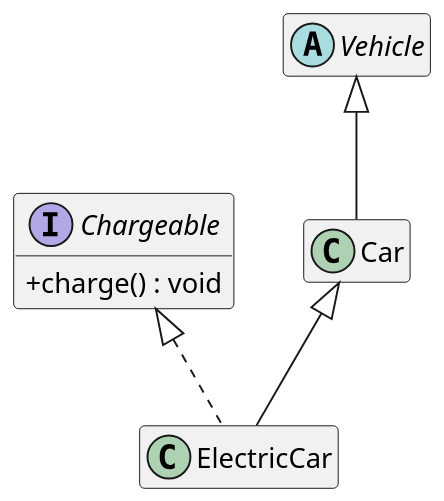
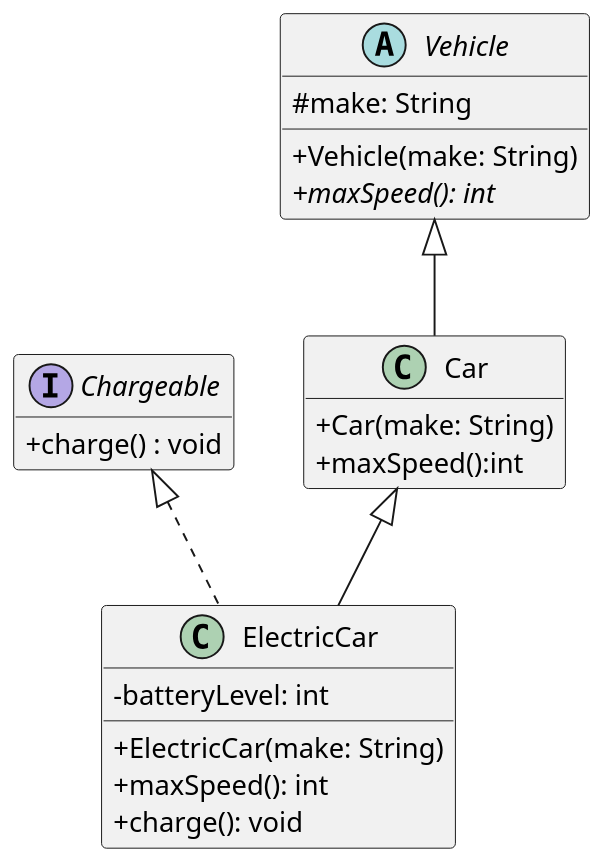
Before and after one commit to mostafah21/207-course-notes: the diagram in plantuml/exercises/vehicles-uml-starter.puml, drawn with PlantUML.

Commit message:
Vehicle Uml diagram

```diff
--- a/plantuml/exercises/vehicles-uml-starter.puml
+++ b/plantuml/exercises/vehicles-uml-starter.puml
@@ -1,44 +1,47 @@
 @startuml
 skinparam dpi 150
 skinparam classAttributeIconSize 0
 hide empty members
 
 ' Your task (Chapter 3, Question 2): draw the UML class diagram for the
 ' Vehicle / Car / ElectricCar / Chargeable code.
 '
 ' Define each type as a box, then connect them with the right arrows. One box
 ' (Chargeable) is filled in as an example — complete the other three and add the
 ' relationships.
 '
 ' PlantUML cheat-sheet:
 '   interface Name { + method() : Type }
 '   abstract class Name { # field : Type }
 '   class Name { - field : Type }
 '   Parent    <|-- Child    ' generalization: Child extends Parent
 '   Interface <|.. Class    ' realization:    Class implements Interface
 ' (Putting the parent/interface on the LEFT of the arrow keeps it on top.)
 
 interface Chargeable {
   + charge() : void
 }
 
 abstract class Vehicle {
-
+    # make: String
+    + Vehicle(make: String)
+    {abstract} + maxSpeed(): int
 }
 
 class Car {
-
+    +Car(make: String)
+    +maxSpeed():int
 }
 
 class ElectricCar {
-
+    - batteryLevel: int
+    + ElectricCar(make: String)
+    + maxSpeed(): int
+    + charge(): void
 }
 
 Car <|-- ElectricCar
 Vehicle <|-- Car
 Chargeable <|.. ElectricCar
-' TODO: add "abstract class Vehicle", "class Car", and "class ElectricCar"
-'       (with their fields and methods), then add the arrows between all four
-'       types.
 
 @enduml
```
